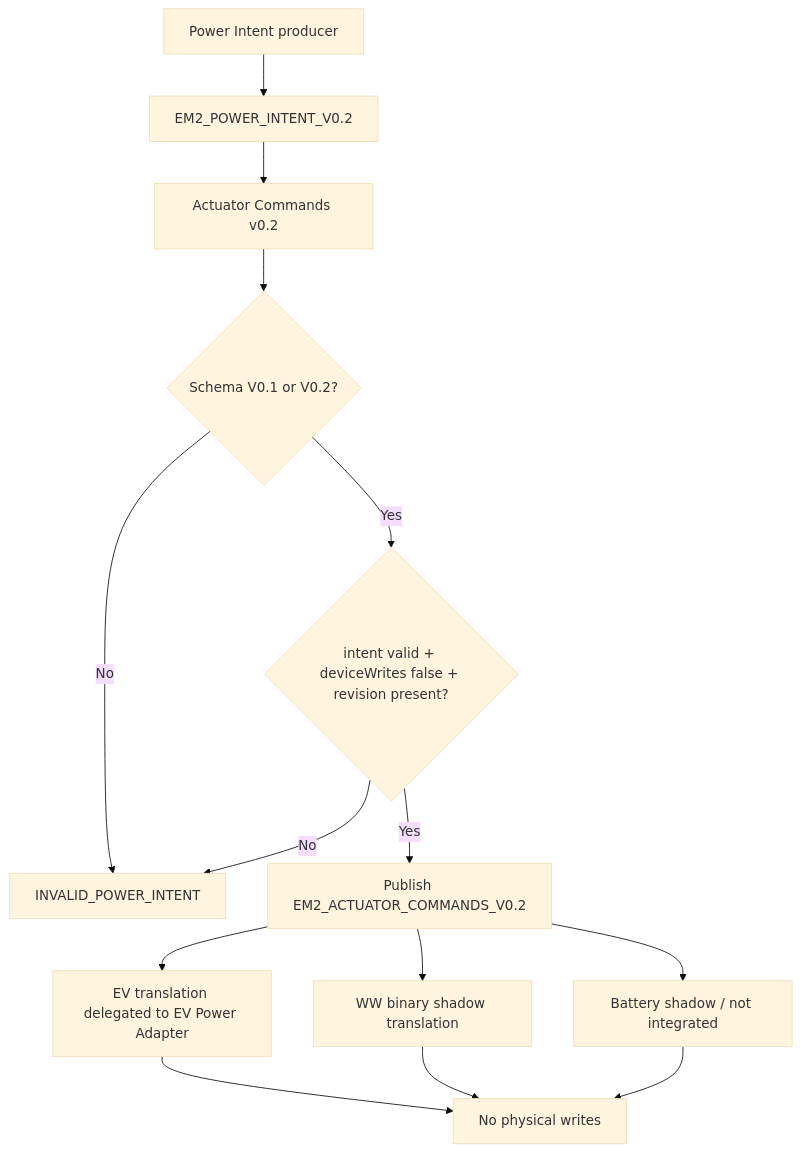
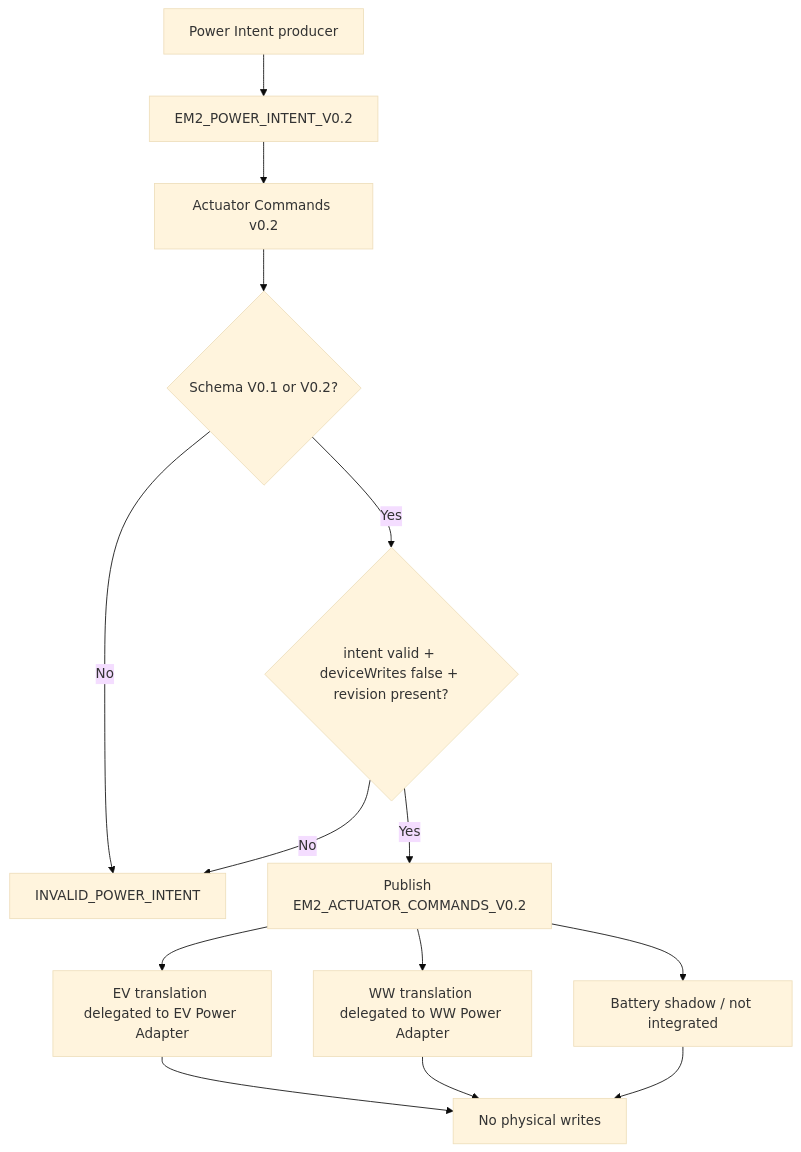
The seventh of 8 diagrams in docs/software-architecture/flows/planner-power-intent-flow.md (OnsKasteeltje/homey-energy-manual), drawn with Mermaid (base theme) before and after one commit. The commit also changed other lines of this file, not shown here.

Commit message:
docs: add end to end EV and WW adapter flow

````diff
--- a/docs/software-architecture/flows/planner-power-intent-flow.md
+++ b/docs/software-architecture/flows/planner-power-intent-flow.md
@@ -197,16 +279,16 @@
 ```mermaid
 flowchart TD
     A[Power Intent producer] --> B[EM2_POWER_INTENT_V0.2]
     B --> C[Actuator Commands v0.2]
     C --> D{Schema V0.1 or V0.2?}
     D -->|No| E[INVALID_POWER_INTENT]
     D -->|Yes| F{intent valid + deviceWrites false + revision present?}
     F -->|No| E
     F -->|Yes| G[Publish EM2_ACTUATOR_COMMANDS_V0.2]
     G --> H[EV translation delegated to EV Power Adapter]
-    G --> I[WW binary shadow translation]
+    G --> I[WW translation delegated to WW Power Adapter]
     G --> J[Battery shadow / not integrated]
     H --> K[No physical writes]
     I --> K
     J --> K
 ```
````
